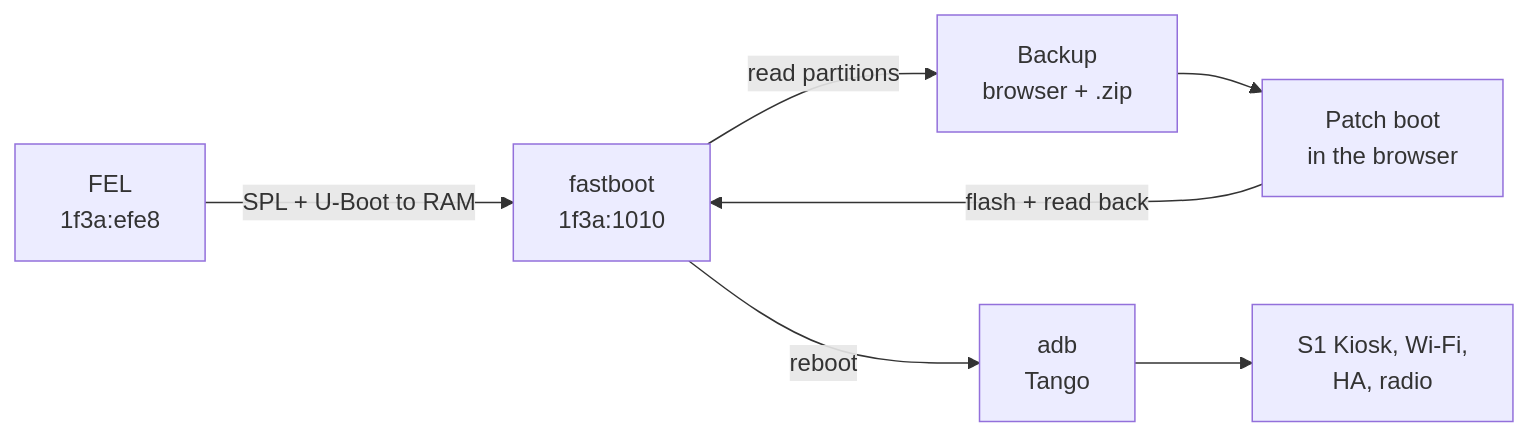
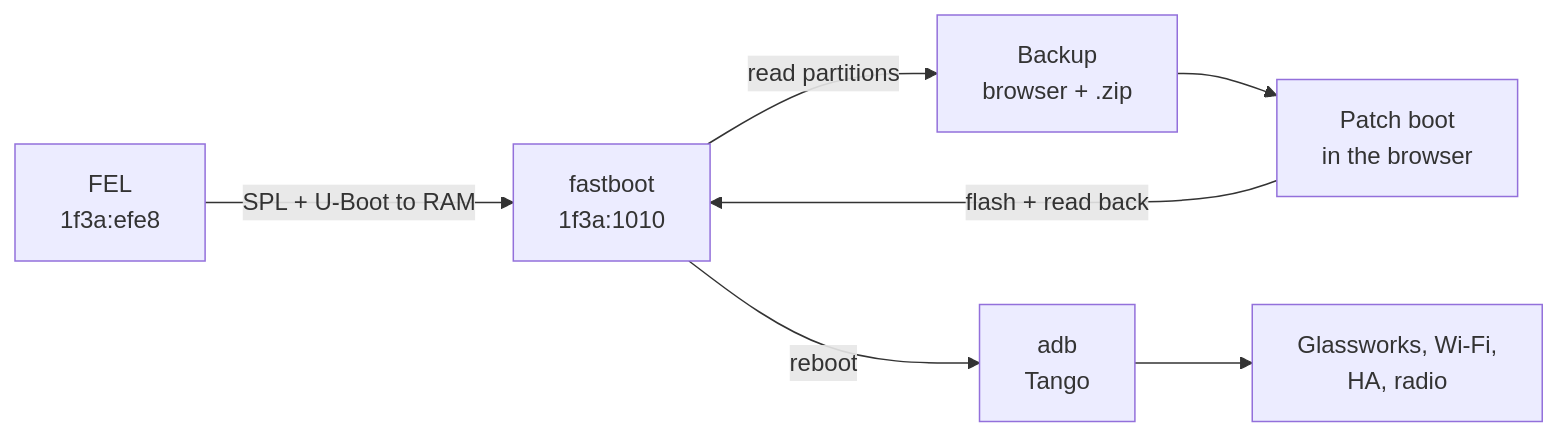
The diagram in docs/research/README.md (GlassworksHQ/glassworks), drawn with Mermaid before and after one commit. The commit also changed other lines of this file and 21 other files, not shown here.

````diff
--- a/docs/research/README.md
+++ b/docs/research/README.md
@@ -131,9 +131,9 @@
 ```mermaid
 flowchart LR
   A[FEL<br/>1f3a:efe8] -->|SPL + U-Boot to RAM| B[fastboot<br/>1f3a:1010]
   B -->|read partitions| C[Backup<br/>browser + .zip]
   C --> D[Patch boot<br/>in the browser]
   D -->|flash + read back| B
   B -->|reboot| E[adb<br/>Tango]
-  E --> F[S1 Kiosk, Wi-Fi,<br/>HA, radio]
+  E --> F[Glassworks, Wi-Fi,<br/>HA, radio]
 ```
````
